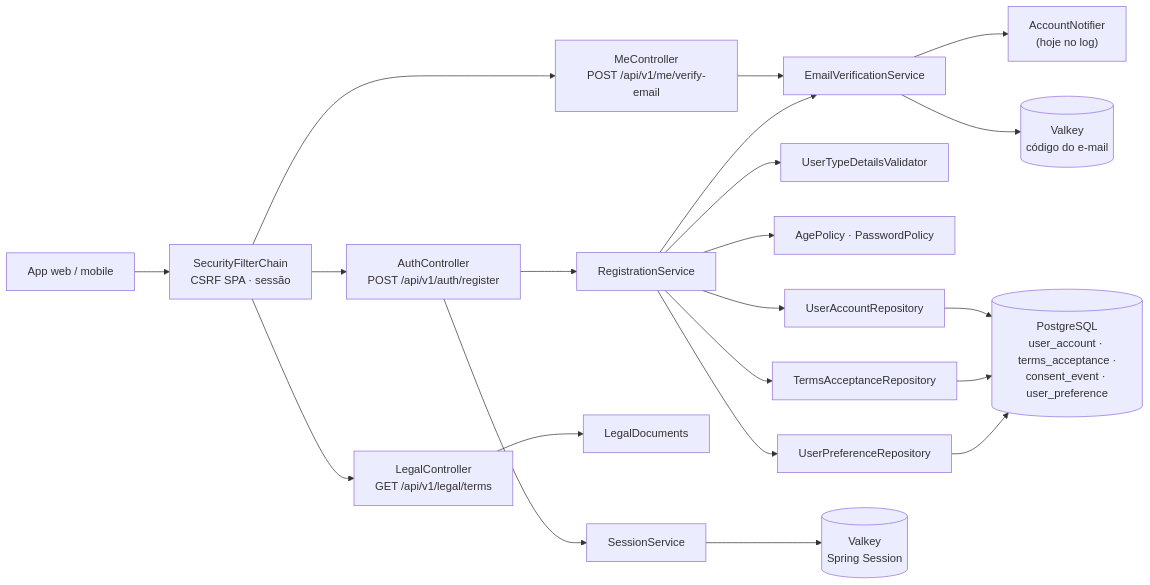
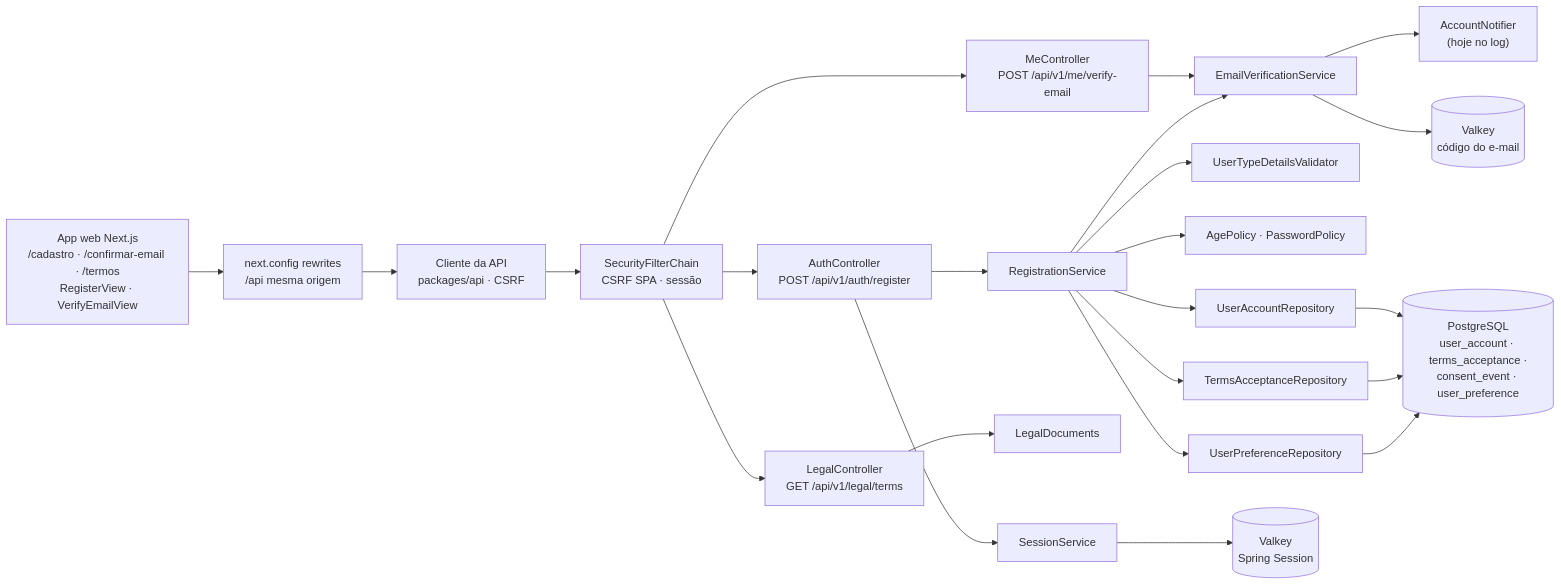
The diagram in docs/RF1/componentes.md (MatheusHaliski/Friendly-Eats), drawn with Mermaid before and after one commit. The commit also changed 127 other files, not shown here.

````diff
--- a/docs/RF1/componentes.md
+++ b/docs/RF1/componentes.md
@@ -3,20 +3,20 @@
 ```mermaid
 flowchart LR
-    APP["App web / mobile"] --> SEC["SecurityFilterChain<br/>CSRF SPA · sessão"]
+    WEB["App web Next.js<br/>/cadastro · /confirmar-email · /termos<br/>RegisterView · VerifyEmailView"] --> NX["next.config rewrites<br/>/api mesma origem"] --> APP["Cliente da API<br/>packages/api · CSRF"] --> SEC["SecurityFilterChain<br/>CSRF SPA · sessão"]
     SEC --> AC["AuthController<br/>POST /api/v1/auth/register"]
     SEC --> LC["LegalController<br/>GET /api/v1/legal/terms"]
     SEC --> MC["MeController<br/>POST /api/v1/me/verify-email"]
     AC --> RS["RegistrationService"]
     LC --> LD["LegalDocuments"]
     MC --> EV["EmailVerificationService"]
     RS --> TV["UserTypeDetailsValidator"]
     RS --> AP["AgePolicy · PasswordPolicy"]
     RS --> EV
     RS --> UR["UserAccountRepository"]
     RS --> TR["TermsAcceptanceRepository"]
     RS --> PR["UserPreferenceRepository"]
     EV --> NT["AccountNotifier<br/>(hoje no log)"]
     EV --> VK[("Valkey<br/>código do e-mail")]
     UR & TR & PR --> PG[("PostgreSQL<br/>user_account · terms_acceptance ·<br/>consent_event · user_preference")]
     AC --> SS["SessionService"] --> VK2[("Valkey<br/>Spring Session")]
 ```
````
